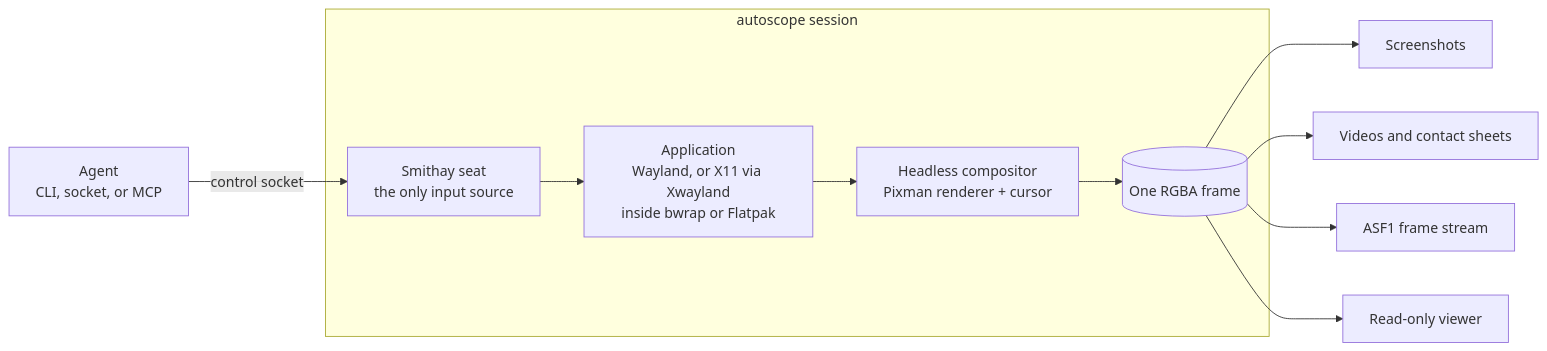
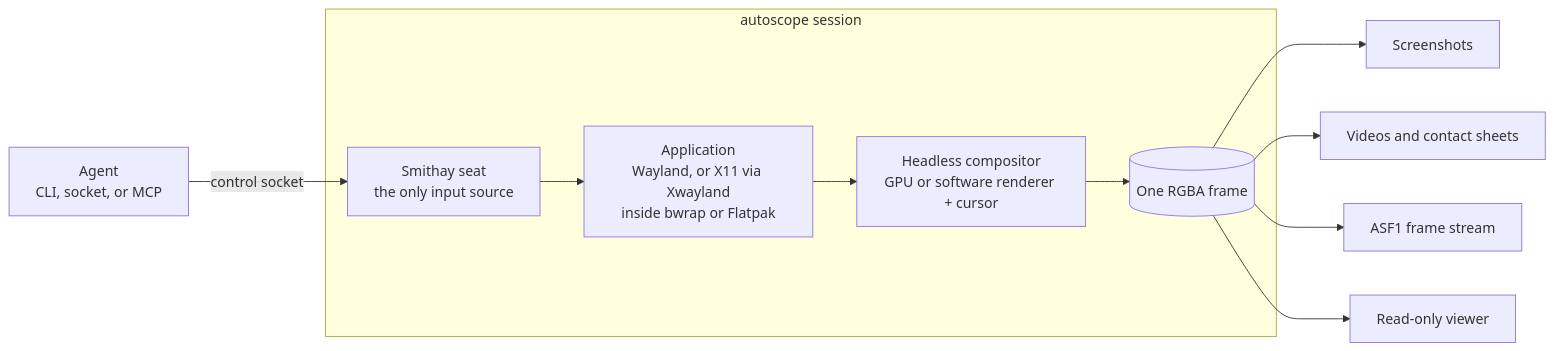
The diagram in README.md (mii-nipah/autoscope), drawn with Mermaid before and after one commit. The commit also changed other lines of this file and 20 other files, not shown here.

````diff
--- a/README.md
+++ b/README.md
@@ -96,13 +96,13 @@
 ```mermaid
 flowchart LR
     agent["Agent<br/>CLI, socket, or MCP"] -- "control socket" --> seat
     subgraph session["autoscope session"]
         seat["Smithay seat<br/>the only input source"] --> app["Application<br/>Wayland, or X11 via Xwayland<br/>inside bwrap or Flatpak"]
-        app --> compositor["Headless compositor<br/>Pixman renderer + cursor"]
+        app --> compositor["Headless compositor<br/>GPU or software renderer + cursor"]
         compositor --> frame[("One RGBA frame")]
     end
     frame --> shots["Screenshots"]
     frame --> recordings["Videos and contact sheets"]
     frame --> stream["ASF1 frame stream"]
     frame --> viewer["Read-only viewer"]
 ```
````
